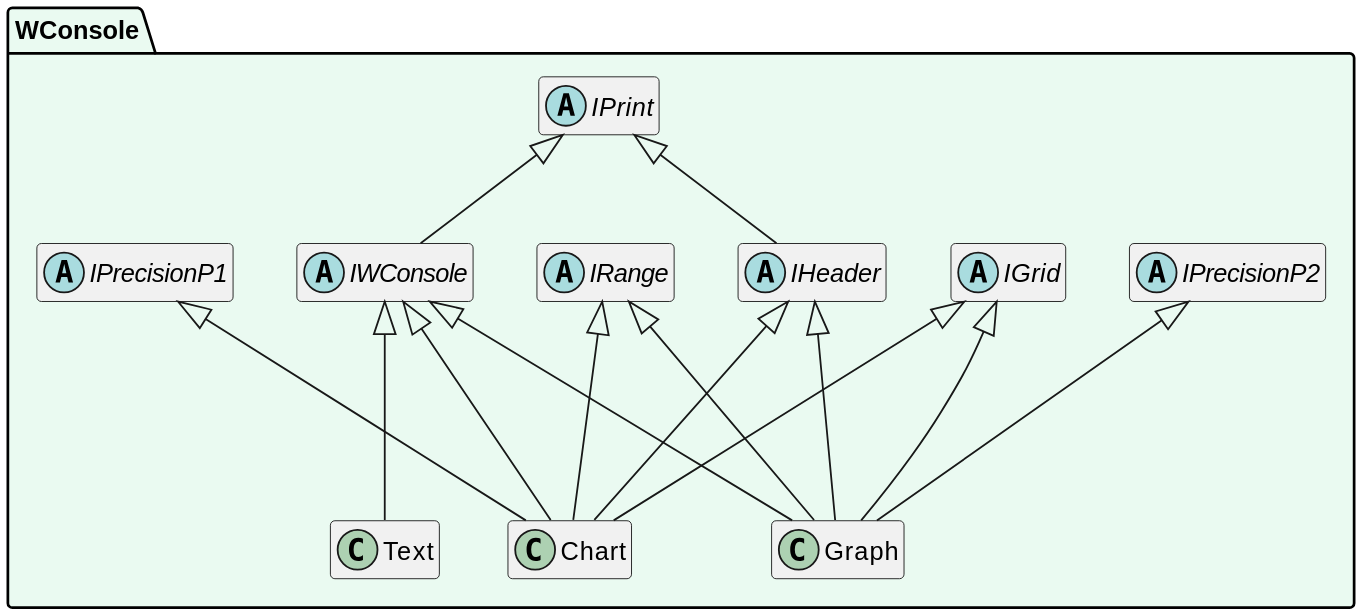
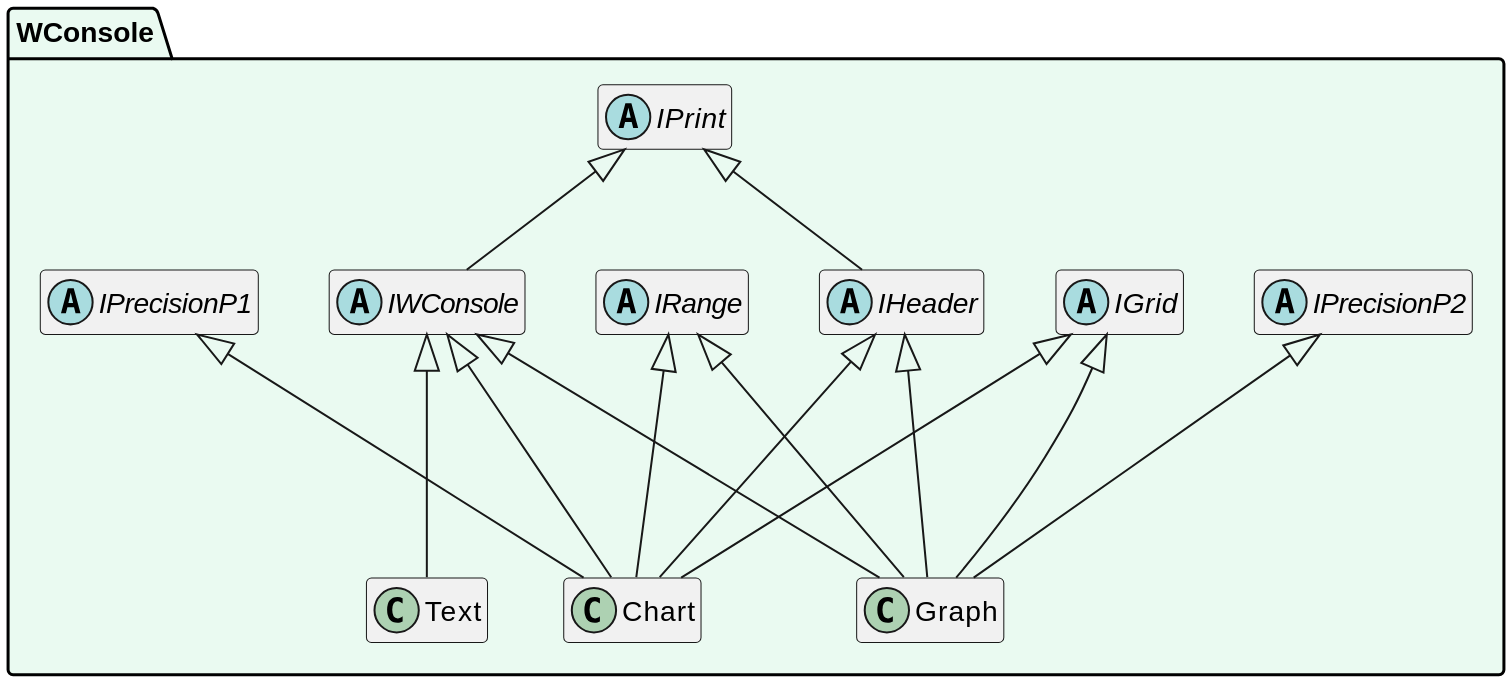
The diagram in doc/UMLClass.md (SergioStopkin/WideConsole), drawn with PlantUML before and after one commit.

Commit message:
Test some styles

````diff
--- a/doc/UMLClass.md
+++ b/doc/UMLClass.md
@@ -1,41 +1,41 @@
 ```plantuml
 @startuml
 
-scale 1800 width
+scale 2000 width
 
 hide empty members
 
 namespace WConsole #EAFAF1 {
 
 abstract class IGrid
 abstract class IHeader
 abstract class IPrecisionP1
 abstract class IPrecisionP2
 abstract class IPrint
 abstract class IRange
 abstract class IWConsole
 class Chart
 class Graph
 class Text
 
 IPrint <|-- IHeader
 IPrint <|-- IWConsole
 
 IWConsole    <|--- Chart
 IHeader      <|--- Chart
 IPrecisionP1 <|---  Chart
 IRange       <|---  Chart
 IGrid        <|---  Chart
 
 IWConsole    <|--- Graph
 IHeader      <|--- Graph
 IPrecisionP2 <|---  Graph
 IRange       <|---  Graph
 IGrid        <|---  Graph
 
 IWConsole <|--- Text
 
 }
 
 @enduml
 ```
````
